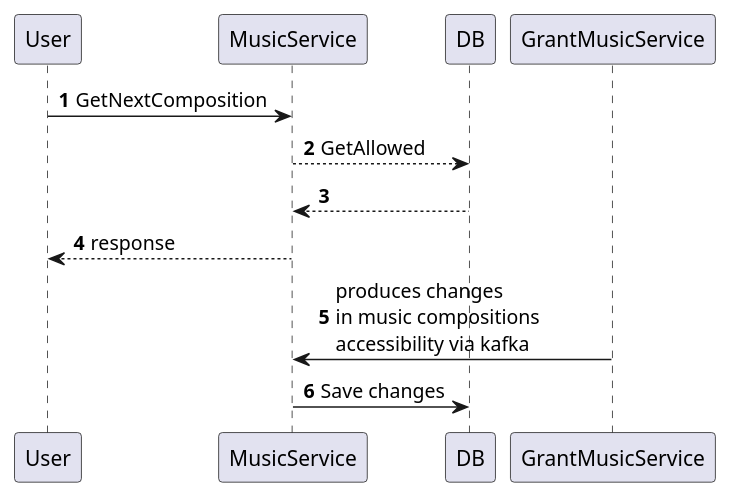
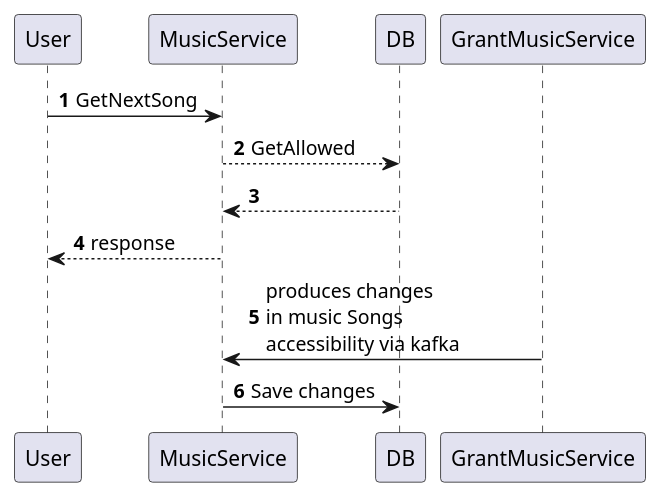
The diagram in docs/microservices.puml (wgdetective/pact-example), drawn with PlantUML before and after one commit. The commit also changed 24 other files, not shown here.

Commit message:
Music service rest and db impl + docker compose

```diff
--- a/docs/microservices.puml
+++ b/docs/microservices.puml
@@ -1,13 +1,13 @@
 @startuml
 'https://plantuml.com/sequence-diagram
 
 autonumber
 
-User -> MusicService: GetNextComposition
+User -> MusicService: GetNextSong
 MusicService --> DB : GetAllowed
 MusicService <-- DB
 User <-- MusicService  : response
 
-MusicService <- GrantMusicService: produces changes \nin music compositions \naccessibility via kafka
+MusicService <- GrantMusicService: produces changes \nin music Songs \naccessibility via kafka
 MusicService -> DB : Save changes
 @enduml
```
